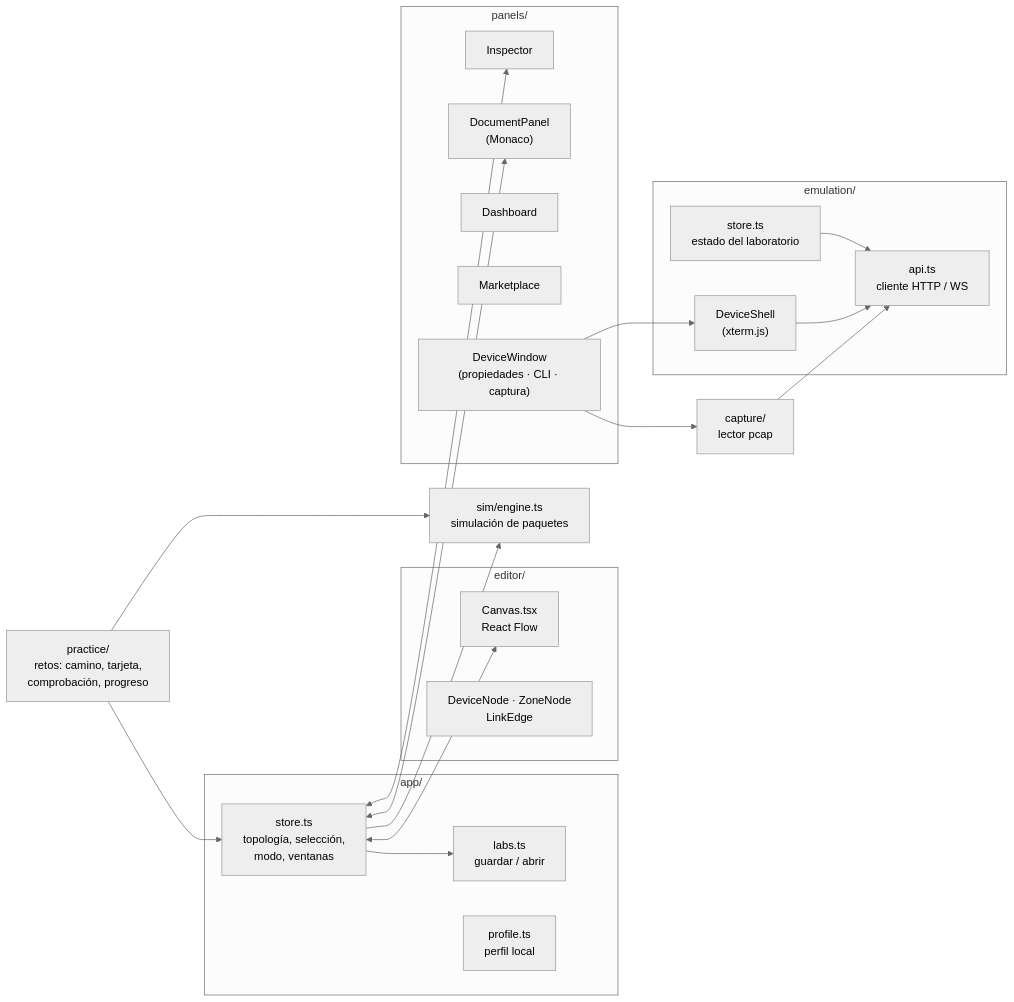
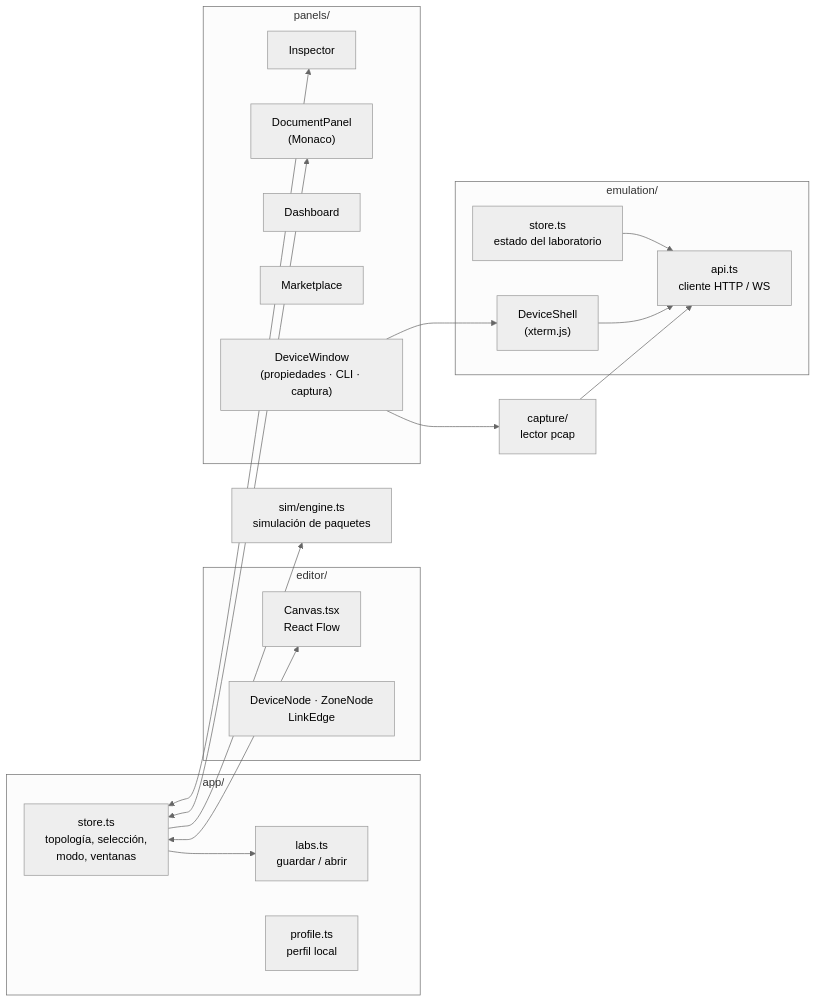
The third of 3 diagrams in docs/arquitectura.md (eirikrrrr/visualtracert-canvas), drawn with Mermaid (neutral theme) before and after one commit. The commit also changed other lines of this file and 94 other files, not shown here.

````diff
--- a/docs/arquitectura.md
+++ b/docs/arquitectura.md
@@ -112,40 +94,37 @@
 ```mermaid
 flowchart LR
   subgraph app["app/"]
     store["store.ts<br/>topología, selección,<br/>modo, ventanas"]
     labs["labs.ts<br/>guardar / abrir"]
     profile["profile.ts<br/>perfil local"]
   end
   subgraph editor["editor/"]
     canvas["Canvas.tsx<br/>React Flow"]
     nodes["DeviceNode · ZoneNode<br/>LinkEdge"]
   end
   subgraph panels["panels/"]
     insp["Inspector"]
     docp["DocumentPanel<br/>(Monaco)"]
     dash["Dashboard"]
     market["Marketplace"]
     win["DeviceWindow<br/>(propiedades · CLI · captura)"]
   end
   subgraph emulation["emulation/"]
     est["store.ts<br/>estado del laboratorio"]
     api["api.ts<br/>cliente HTTP / WS"]
     shell["DeviceShell<br/>(xterm.js)"]
   end
   sim["sim/engine.ts<br/>simulación de paquetes"]
-  practice["practice/<br/>retos: camino, tarjeta,<br/>comprobación, progreso"]
-  practice --> sim
-  practice --> store
   cap["capture/<br/>lector pcap"]
 
   store <--> canvas
   store <--> insp
   store <--> docp
   store --> sim
   store --> labs
   win --> shell
   win --> cap
   est --> api
   shell --> api
   cap --> api
 ```
````
